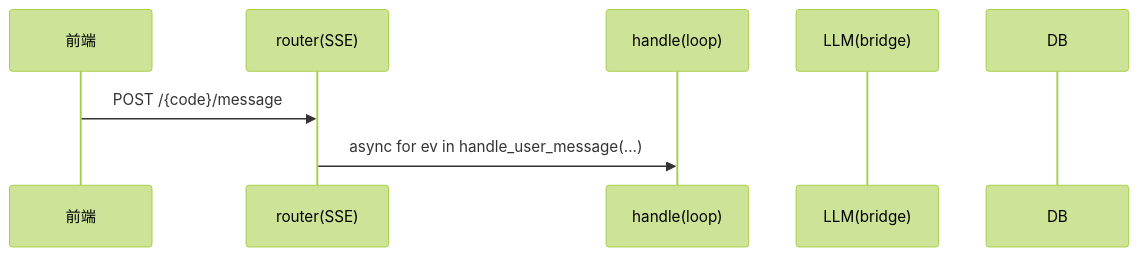
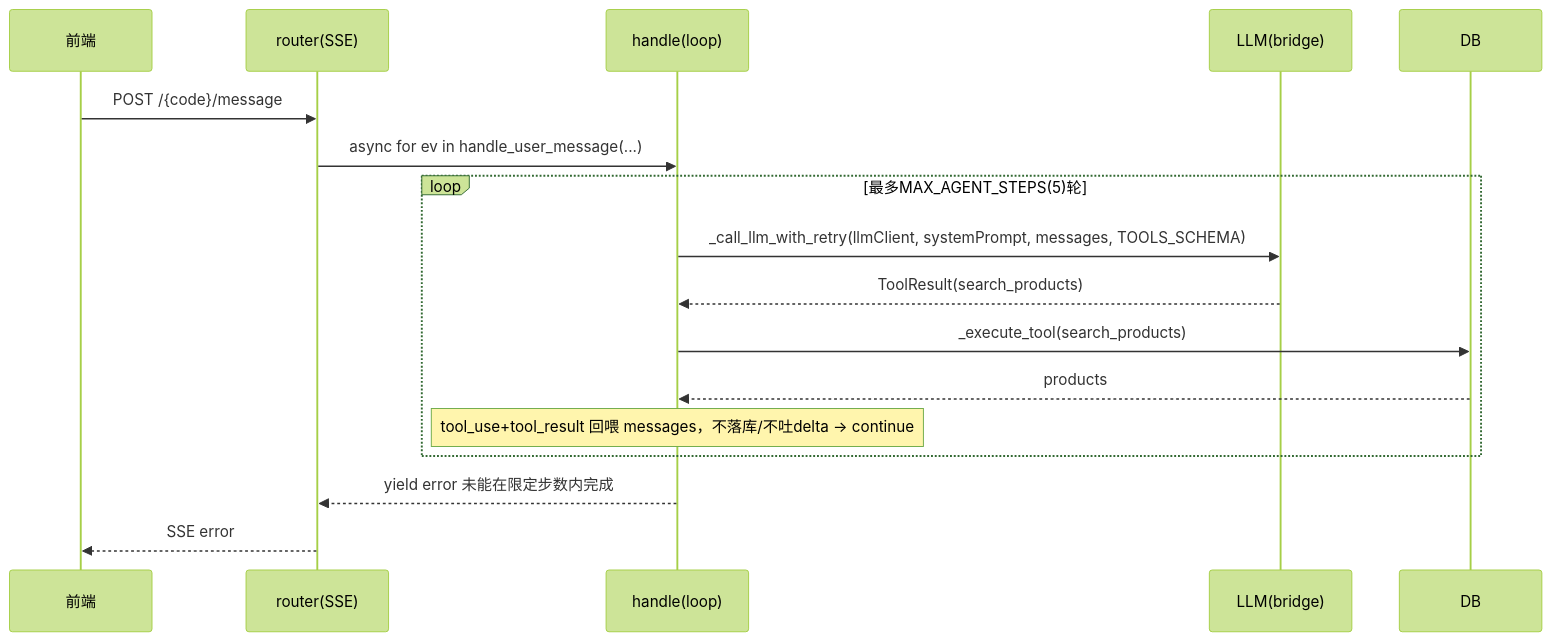
One commit to hzjconan/ai-FinWise changed the third of 3 diagrams in docs/ai-agent-learning/handle-user-message-sequence.md. Above: the diagram before and after it, drawn with Mermaid (forest theme).

Commit message:
docs(learning): A#1 时序图路径三（max_steps 兜底）画好，A#1 三路径收官
路径三：loop 最多 MAX_AGENT_STEPS 轮（每轮 调LLM→search_products→_execute_tool→
回喂messages不落库不吐delta→continue）→ 循环外 yield error(max_steps) → SSE。
并注释清楚「为何 yield 而非 return」（return 什么都不发=前端收不到失败；且末行 yield 后函数到底自然结束）。
至此 A#1 三条路径（直接conclude / search→conclude / max_steps）全部画完。

````diff
--- a/docs/ai-agent-learning/handle-user-message-sequence.md
+++ b/docs/ai-agent-learning/handle-user-message-sequence.md
@@ -99,15 +99,27 @@
 ```mermaid
 sequenceDiagram
     participant FE as 前端
     participant R as router(SSE)
     participant H as handle(loop)
     participant LLM as LLM(bridge)
     participant DB as DB
 
     FE->>R: POST /{code}/message
     R->>H: async for ev in handle_user_message(...)
     %% TODO：loop 循环，每轮 LLM 都返回 search_products → 执行回喂 → continue
     %%   （可以用 loop N 次 的 mermaid loop 语法，或画两轮 + 省略号示意）
+    loop 最多MAX_AGENT_STEPS(5)轮
+      H->>LLM: _call_llm_with_retry(llmClient, systemPrompt, messages, TOOLS_SCHEMA)
+      LLM-->>H: ToolResult(search_products)
+      H->>DB: _execute_tool(search_products)
+      DB-->>H: products
+      Note over H: tool_use+tool_result 回喂 messages，不落库/不吐delta → continue
+    end
     %% TODO：跑满 MAX_AGENT_STEPS 都没遇到终态工具 → 循环【外】yield error(max_steps)
+    H-->>R: yield error 未能在限定步数内完成 
     %% TODO：R 把 error 转 SSE 给 FE（想想：这里为什么是 yield error 而不是 return）
+    %% 这里用yield error是因为:
+    %% 1. 这是handle_user_message函数的最后一个yield，执行过后handle_user_message的生成器就走完了，所以后面不需要再写return。
+    %% 2.用return的话什么都不返回，前端页面不会更新
+    R-->>FE: SSE error
 ```
````
